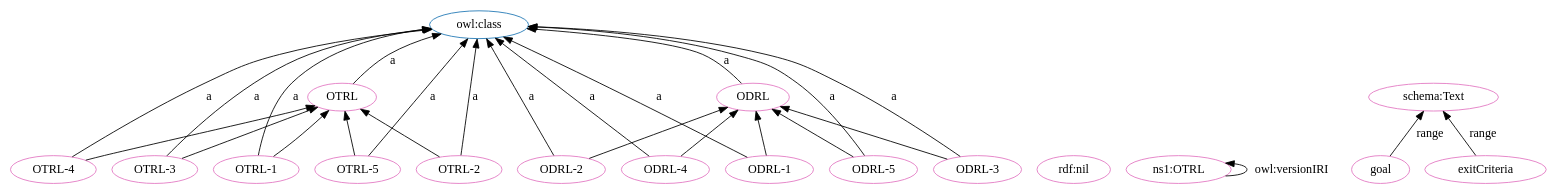
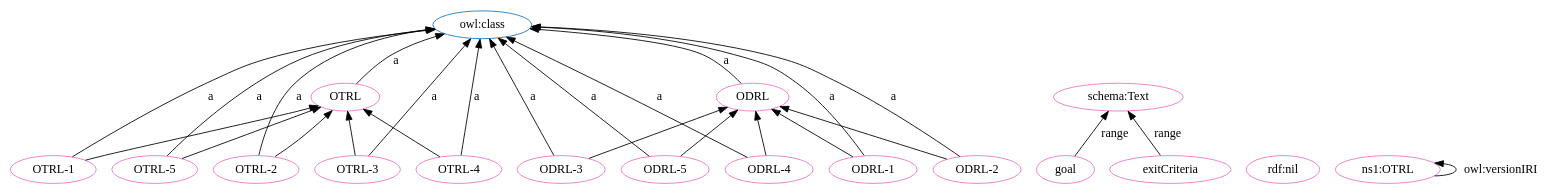
The diagram in OTRL-clean.dot (OPEN-NEXT/OKH-LOSH), drawn with Graphviz before and after one commit. The commit also changed other lines of this file and 15 other files, not shown here.

```diff
--- a/OTRL-clean.dot
+++ b/OTRL-clean.dot
@@ -1,49 +1,49 @@
 digraph G {
   rankdir=BT
   node[height=.3]
-"http://www.w3.org/2002/07/owl#class" [fillcolor="#1f77b4" color="#1f77b4" label="owl:class"]
 "http://purl.org/oseg/ontologies/OTRL#OTRL" [fillcolor="#1f77b4" color="#1f77b4" label="OTRL"]
 "http://purl.org/oseg/ontologies/OTRL#ODRL" [fillcolor="#1f77b4" color="#1f77b4" label="ODRL"]
+"http://www.w3.org/2002/07/owl#class" [fillcolor="#1f77b4" color="#1f77b4" label="owl:class"]
+"http://purl.org/oseg/ontologies/OTRL#OTRL" [fillcolor="#e377c2" color="#e377c2" label="OTRL"]
+"http://purl.org/oseg/ontologies/OTRL#OTRL-5" [fillcolor="#e377c2" color="#e377c2" label="OTRL-5"]
+"http://purl.org/oseg/ontologies/OTRL#goal" [fillcolor="#e377c2" color="#e377c2" label="goal"]
+"http://purl.org/oseg/ontologies/OTRL#ODRL" [fillcolor="#e377c2" color="#e377c2" label="ODRL"]
+"http://www.w3.org/1999/02/22-rdf-syntax-ns#nil" [fillcolor="#e377c2" color="#e377c2" label="rdf:nil"]
+"http://purl.org/oseg/ontologies/OTRL#OTRL-1" [fillcolor="#e377c2" color="#e377c2" label="OTRL-1"]
+"http://purl.org/oseg/ontologies/OTRL#OTRL-2" [fillcolor="#e377c2" color="#e377c2" label="OTRL-2"]
+"http://purl.org/oseg/ontologies/OTRL#ODRL-5" [fillcolor="#e377c2" color="#e377c2" label="ODRL-5"]
+"http://schema.org/Text" [fillcolor="#e377c2" color="#e377c2" label="schema:Text"]
+"http://purl.org/oseg/ontologies/OTRL#OTRL-4" [fillcolor="#e377c2" color="#e377c2" label="OTRL-4"]
+"http://purl.org/oseg/ontologies/OTRL#ODRL-3" [fillcolor="#e377c2" color="#e377c2" label="ODRL-3"]
 "http://purl.org/oseg/ontologies/OTRL#ODRL-4" [fillcolor="#e377c2" color="#e377c2" label="ODRL-4"]
+"http://purl.org/oseg/ontologies/OTRL" [fillcolor="#e377c2" color="#e377c2" label="ns1:OTRL"]
+"http://purl.org/oseg/ontologies/OTRL#ODRL-2" [fillcolor="#e377c2" color="#e377c2" label="ODRL-2"]
+"http://purl.org/oseg/ontologies/OTRL#ODRL-1" [fillcolor="#e377c2" color="#e377c2" label="ODRL-1"]
+"http://purl.org/oseg/ontologies/OTRL#exitCriteria" [fillcolor="#e377c2" color="#e377c2" label="exitCriteria"]
 "http://purl.org/oseg/ontologies/OTRL#OTRL-3" [fillcolor="#e377c2" color="#e377c2" label="OTRL-3"]
-"http://www.w3.org/1999/02/22-rdf-syntax-ns#nil" [fillcolor="#e377c2" color="#e377c2" label="rdf:nil"]
-"http://purl.org/oseg/ontologies/OTRL" [fillcolor="#e377c2" color="#e377c2" label="ns1:OTRL"]
-"http://purl.org/oseg/ontologies/OTRL#OTRL-4" [fillcolor="#e377c2" color="#e377c2" label="OTRL-4"]
-"http://purl.org/oseg/ontologies/OTRL#OTRL" [fillcolor="#e377c2" color="#e377c2" label="OTRL"]
-"http://purl.org/oseg/ontologies/OTRL#ODRL" [fillcolor="#e377c2" color="#e377c2" label="ODRL"]
-"http://purl.org/oseg/ontologies/OTRL#ODRL-2" [fillcolor="#e377c2" color="#e377c2" label="ODRL-2"]
-"http://purl.org/oseg/ontologies/OTRL#OTRL-1" [fillcolor="#e377c2" color="#e377c2" label="OTRL-1"]
-"http://purl.org/oseg/ontologies/OTRL#goal" [fillcolor="#e377c2" color="#e377c2" label="goal"]
-"http://schema.org/Text" [fillcolor="#e377c2" color="#e377c2" label="schema:Text"]
-"http://purl.org/oseg/ontologies/OTRL#exitCriteria" [fillcolor="#e377c2" color="#e377c2" label="exitCriteria"]
-"http://purl.org/oseg/ontologies/OTRL#ODRL-1" [fillcolor="#e377c2" color="#e377c2" label="ODRL-1"]
-"http://purl.org/oseg/ontologies/OTRL#ODRL-3" [fillcolor="#e377c2" color="#e377c2" label="ODRL-3"]
-"http://purl.org/oseg/ontologies/OTRL#OTRL-2" [fillcolor="#e377c2" color="#e377c2" label="OTRL-2"]
-"http://purl.org/oseg/ontologies/OTRL#OTRL-5" [fillcolor="#e377c2" color="#e377c2" label="OTRL-5"]
-"http://purl.org/oseg/ontologies/OTRL#ODRL-5" [fillcolor="#e377c2" color="#e377c2" label="ODRL-5"]
-  "http://purl.org/oseg/ontologies/OTRL#ODRL-4" -> "http://www.w3.org/2002/07/owl#class" [label="a"]
-  "http://purl.org/oseg/ontologies/OTRL#OTRL-3" -> "http://www.w3.org/2002/07/owl#class" [label="a"]
-  "http://purl.org/oseg/ontologies/OTRL#OTRL" -> "http://www.w3.org/2002/07/owl#class" [label="a"]
+  "http://purl.org/oseg/ontologies/OTRL#OTRL-5" -> "http://www.w3.org/2002/07/owl#class" [label="a"]
+  "http://purl.org/oseg/ontologies/OTRL#OTRL-3" -> "http://purl.org/oseg/ontologies/OTRL#OTRL" [label=""]
+  "http://purl.org/oseg/ontologies/OTRL#OTRL-1" -> "http://www.w3.org/2002/07/owl#class" [label="a"]
+  "http://purl.org/oseg/ontologies/OTRL#OTRL-2" -> "http://www.w3.org/2002/07/owl#class" [label="a"]
+  "http://purl.org/oseg/ontologies/OTRL#goal" -> "http://schema.org/Text" [label="range"]
+  "http://purl.org/oseg/ontologies/OTRL#exitCriteria" -> "http://schema.org/Text" [label="range"]
   "http://purl.org/oseg/ontologies/OTRL#ODRL-2" -> "http://www.w3.org/2002/07/owl#class" [label="a"]
-  "http://purl.org/oseg/ontologies/OTRL#ODRL-1" -> "http://purl.org/oseg/ontologies/OTRL#ODRL" [label=""]
-  "http://purl.org/oseg/ontologies/OTRL#OTRL-1" -> "http://www.w3.org/2002/07/owl#class" [label="a"]
-  "http://purl.org/oseg/ontologies/OTRL#ODRL-3" -> "http://purl.org/oseg/ontologies/OTRL#ODRL" [label=""]
-  "http://purl.org/oseg/ontologies/OTRL#OTRL-3" -> "http://purl.org/oseg/ontologies/OTRL#OTRL" [label=""]
-  "http://purl.org/oseg/ontologies/OTRL#exitCriteria" -> "http://schema.org/Text" [label="range"]
-  "http://purl.org/oseg/ontologies/OTRL#OTRL-2" -> "http://purl.org/oseg/ontologies/OTRL#OTRL" [label=""]
   "http://purl.org/oseg/ontologies/OTRL#ODRL-1" -> "http://www.w3.org/2002/07/owl#class" [label="a"]
-  "http://purl.org/oseg/ontologies/OTRL#ODRL-3" -> "http://www.w3.org/2002/07/owl#class" [label="a"]
-  "http://purl.org/oseg/ontologies/OTRL#OTRL-2" -> "http://www.w3.org/2002/07/owl#class" [label="a"]
+  "http://purl.org/oseg/ontologies/OTRL#ODRL-2" -> "http://purl.org/oseg/ontologies/OTRL#ODRL" [label=""]
   "http://purl.org/oseg/ontologies/OTRL#OTRL-1" -> "http://purl.org/oseg/ontologies/OTRL#OTRL" [label=""]
   "http://purl.org/oseg/ontologies/OTRL#ODRL" -> "http://www.w3.org/2002/07/owl#class" [label="a"]
+  "http://purl.org/oseg/ontologies/OTRL#ODRL-3" -> "http://purl.org/oseg/ontologies/OTRL#ODRL" [label=""]
+  "http://purl.org/oseg/ontologies/OTRL#OTRL-4" -> "http://purl.org/oseg/ontologies/OTRL#OTRL" [label=""]
+  "http://purl.org/oseg/ontologies/OTRL#OTRL" -> "http://www.w3.org/2002/07/owl#class" [label="a"]
+  "http://purl.org/oseg/ontologies/OTRL#ODRL-1" -> "http://purl.org/oseg/ontologies/OTRL#ODRL" [label=""]
   "http://purl.org/oseg/ontologies/OTRL#ODRL-5" -> "http://www.w3.org/2002/07/owl#class" [label="a"]
+  "http://purl.org/oseg/ontologies/OTRL#OTRL-2" -> "http://purl.org/oseg/ontologies/OTRL#OTRL" [label=""]
   "http://purl.org/oseg/ontologies/OTRL#ODRL-5" -> "http://purl.org/oseg/ontologies/OTRL#ODRL" [label=""]
+  "http://purl.org/oseg/ontologies/OTRL#OTRL-5" -> "http://purl.org/oseg/ontologies/OTRL#OTRL" [label=""]
+  "http://purl.org/oseg/ontologies/OTRL#OTRL-4" -> "http://www.w3.org/2002/07/owl#class" [label="a"]
+  "http://purl.org/oseg/ontologies/OTRL#ODRL-3" -> "http://www.w3.org/2002/07/owl#class" [label="a"]
+  "http://purl.org/oseg/ontologies/OTRL#ODRL-4" -> "http://www.w3.org/2002/07/owl#class" [label="a"]
+  "http://purl.org/oseg/ontologies/OTRL#ODRL-4" -> "http://purl.org/oseg/ontologies/OTRL#ODRL" [label=""]
   "http://purl.org/oseg/ontologies/OTRL" -> "http://purl.org/oseg/ontologies/OTRL" [label="owl:versionIRI"]
-  "http://purl.org/oseg/ontologies/OTRL#OTRL-4" -> "http://www.w3.org/2002/07/owl#class" [label="a"]
-  "http://purl.org/oseg/ontologies/OTRL#OTRL-4" -> "http://purl.org/oseg/ontologies/OTRL#OTRL" [label=""]
-  "http://purl.org/oseg/ontologies/OTRL#goal" -> "http://schema.org/Text" [label="range"]
-  "http://purl.org/oseg/ontologies/OTRL#ODRL-4" -> "http://purl.org/oseg/ontologies/OTRL#ODRL" [label=""]
-  "http://purl.org/oseg/ontologies/OTRL#ODRL-2" -> "http://purl.org/oseg/ontologies/OTRL#ODRL" [label=""]
-  "http://purl.org/oseg/ontologies/OTRL#OTRL-5" -> "http://www.w3.org/2002/07/owl#class" [label="a"]
-  "http://purl.org/oseg/ontologies/OTRL#OTRL-5" -> "http://purl.org/oseg/ontologies/OTRL#OTRL" [label=""]
+  "http://purl.org/oseg/ontologies/OTRL#OTRL-3" -> "http://www.w3.org/2002/07/owl#class" [label="a"]
 }
```
